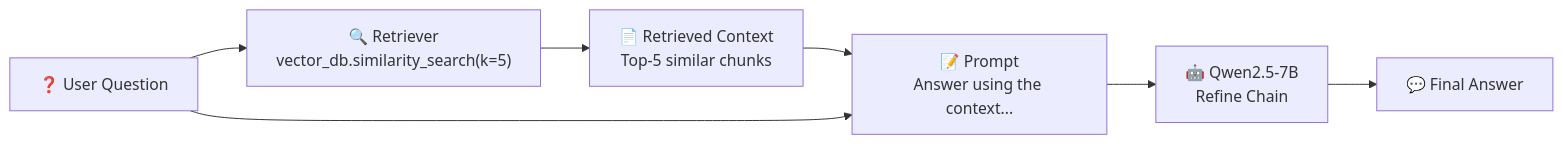
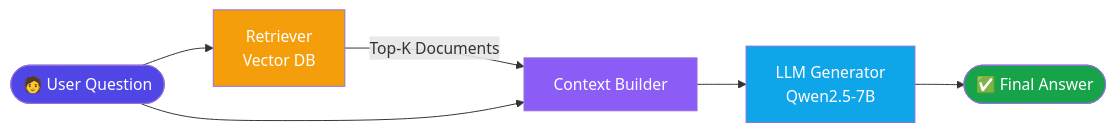
Before and after one commit to aboomar26/Chatbot_And_RAG_Evaluation: the first of 9 diagrams in RAG_Evaluation/README.md, drawn with Mermaid. The commit also changed other lines of this file, not shown here.

````diff
--- a/RAG_Evaluation/README.md
+++ b/RAG_Evaluation/README.md
@@ -19,9 +19,14 @@
 ```mermaid
 flowchart LR
-    Q["❓ User Question"] --> R["🔍 Retriever\nvector_db.similarity_search(k=5)"]
-    R --> C["📄 Retrieved Context\nTop-5 similar chunks"]
-    C --> P["📝 Prompt\nAnswer using the context..."]
-    Q --> P
-    P --> LLM["🤖 Qwen2.5-7B\nRefine Chain"]
-    LLM --> A["💬 Final Answer"]
+    U([🧑 User Question]) --> R[Retriever\nVector DB]
+    R -->|Top-K Documents| C[Context Builder]
+    U --> C
+    C --> LLM[LLM Generator\nQwen2.5-7B]
+    LLM --> A([✅ Final Answer])
+ 
+    style U fill:#4f46e5,color:#fff
+    style A fill:#16a34a,color:#fff
+    style LLM fill:#0ea5e9,color:#fff
+    style R fill:#f59e0b,color:#fff
+    style C fill:#8b5cf6,color:#fff
 ```
````
